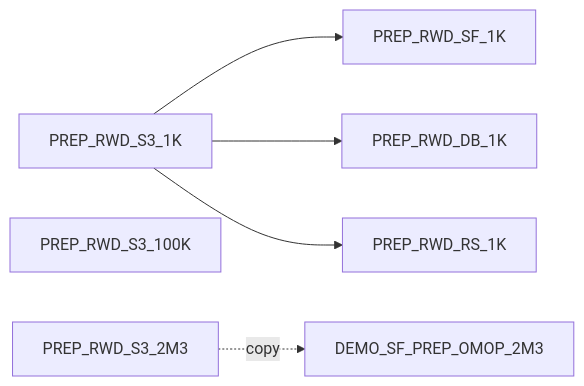
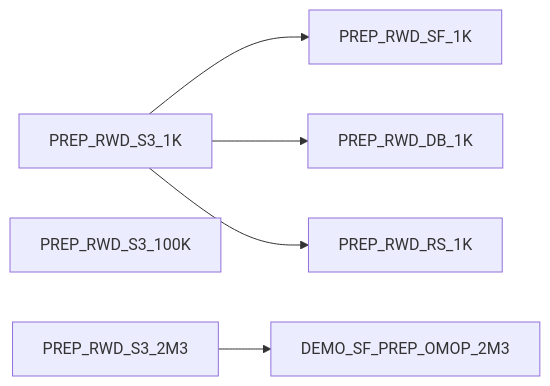
One commit to lhfudataiku/bs-rwe-assets changed the diagram in docs/migration-revision-plan.md. Above: the diagram before and after it, drawn with Mermaid. The commit also changed other lines of this file and 11 other files, not shown here.

First line of the commit message:
B3: DEMO_SF_PREP_OMOP_2M3 as a sync-only variant; fix 2.3M visit types

````diff
--- a/docs/migration-revision-plan.md
+++ b/docs/migration-revision-plan.md
@@ -101,8 +101,8 @@
 ```mermaid
 flowchart LR
   A[PREP_RWD_S3_1K] --> SF1[PREP_RWD_SF_1K]
   A --> DB1[PREP_RWD_DB_1K]
   A --> RS1[PREP_RWD_RS_1K]
   B[PREP_RWD_S3_100K]
-  C[PREP_RWD_S3_2M3] -.copy.-> SF2[DEMO_SF_PREP_OMOP_2M3]
+  C[PREP_RWD_S3_2M3] --> SF2[DEMO_SF_PREP_OMOP_2M3]
 ```
````
